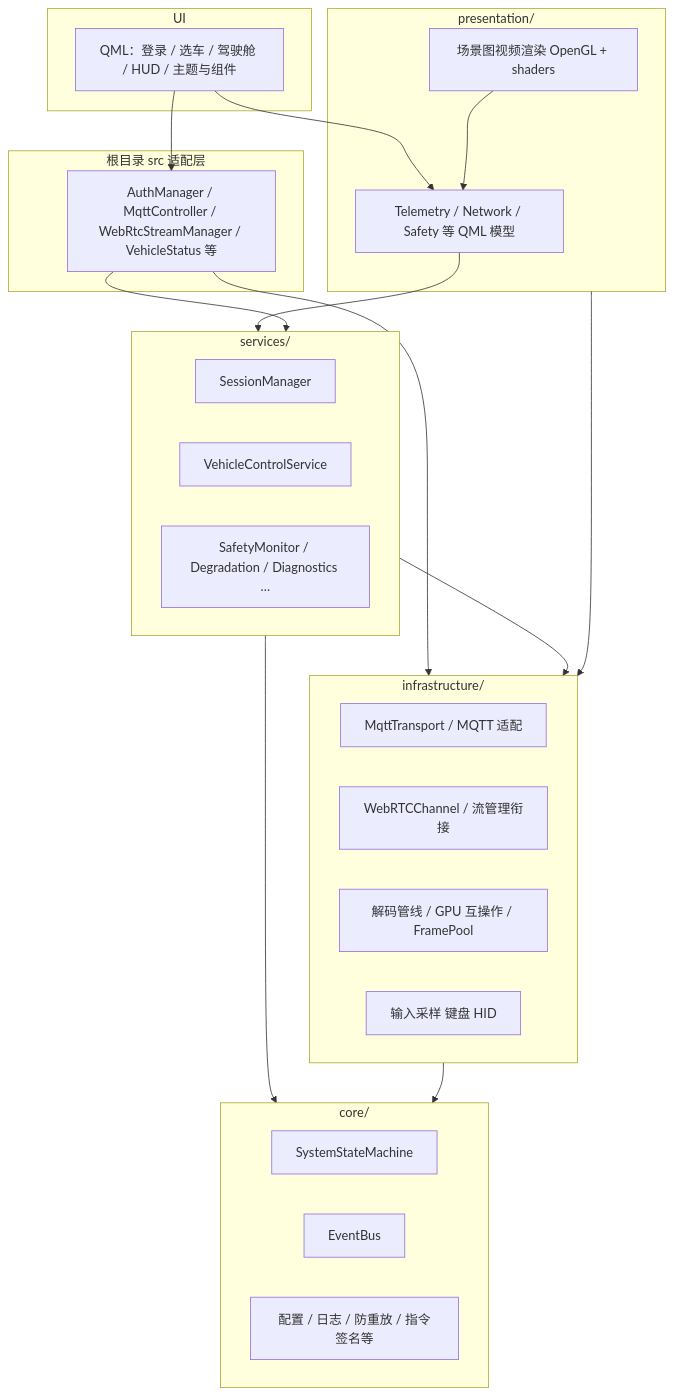
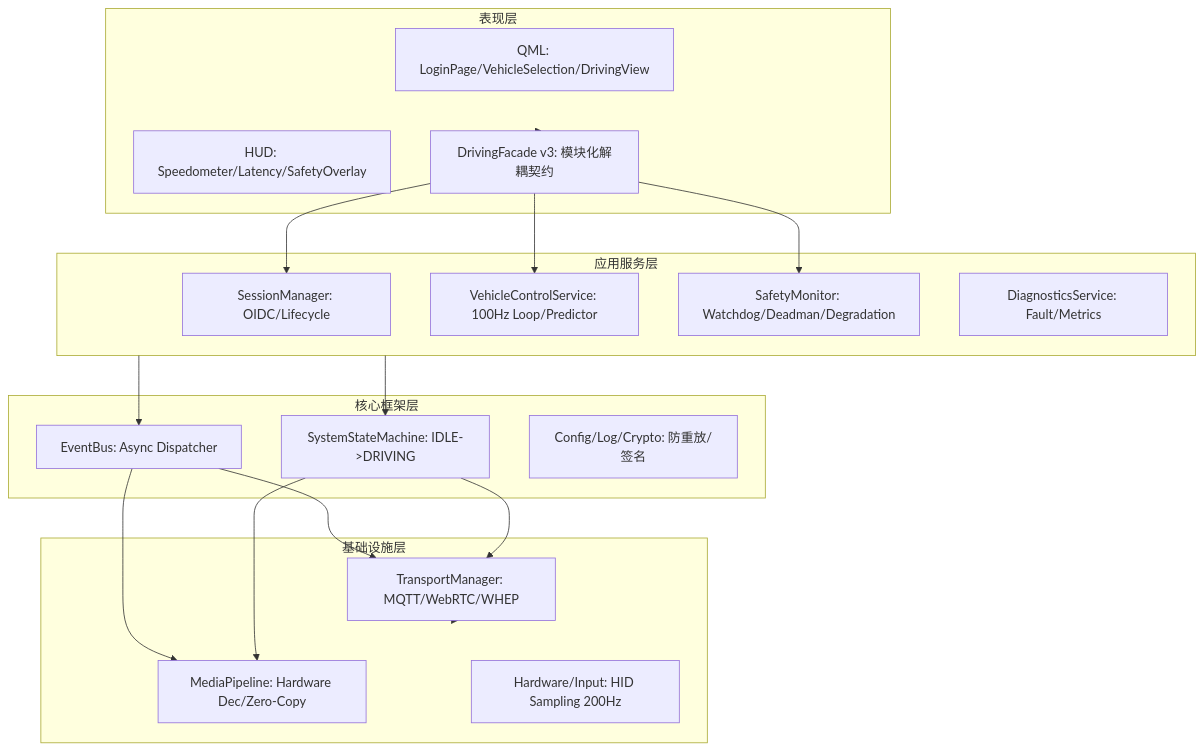
Before and after one commit to xinruozhishui201314/Remote-Driving-OK: the fourth of 5 diagrams in README.md, drawn with Mermaid. The commit also changed other lines of this file and 194 other files, not shown here.

````diff
--- a/README.md
+++ b/README.md
@@ -146,40 +164,33 @@
 ```mermaid
 flowchart TB
-    subgraph UI
-        QML[QML：登录 / 选车 / 驾驶舱 / HUD / 主题与组件]
+    subgraph UI [表现层]
+        QML[QML: LoginPage/VehicleSelection/DrivingView]
+        HUD[HUD: Speedometer/Latency/SafetyOverlay]
+        FACADE[DrivingFacade v3: 模块化解耦契约]
     end
-    subgraph presentation[presentation/]
-        REN[场景图视频渲染 OpenGL + shaders]
-        MDL[Telemetry / Network / Safety 等 QML 模型]
+    
+    subgraph SVC [应用服务层]
+        SESS[SessionManager: OIDC/Lifecycle]
+        VCS[VehicleControlService: 100Hz Loop/Predictor]
+        SAFE[SafetyMonitor: Watchdog/Deadman/Degradation]
+        DIAG[DiagnosticsService: Fault/Metrics]
     end
-    subgraph services[services/]
-        SESS[SessionManager]
-        VCS[VehicleControlService]
-        SAFE[SafetyMonitor / Degradation / Diagnostics …]
+    
+    subgraph CORE [核心框架层]
+        FSM[SystemStateMachine: IDLE->DRIVING]
+        EB[EventBus: Async Dispatcher]
+        CFG[Config/Log/Crypto: 防重放/签名]
     end
-    subgraph infrastructure[infrastructure/]
-        MQTT_AD[MqttTransport / MQTT 适配]
-        WEBRTC[WebRTCChannel / 流管理衔接]
-        MEDIA[解码管线 / GPU 互操作 / FramePool]
-        HW[输入采样 键盘 HID]
-    end
-    subgraph core[core/]
-        FSM[SystemStateMachine]
-        EB[EventBus]
-        CFG[配置 / 日志 / 防重放 / 指令签名等]
-    end
-    subgraph legacy[根目录 src 适配层]
-        LEG[AuthManager / MqttController / WebRtcStreamManager / VehicleStatus 等]
+    
+    subgraph INFRA [基础设施层]
+        TRANSPORT[TransportManager: MQTT/WebRTC/WHEP]
+        DECODER[MediaPipeline: Hardware Dec/Zero-Copy]
+        HID_IN[Hardware/Input: HID Sampling 200Hz]
     end
 
-    QML --> MDL
-    QML --> LEG
-    MDL --> services
-    LEG --> services
-    LEG --> infrastructure
-    services --> infrastructure
-    services --> core
-    infrastructure --> core
-    presentation --> infrastructure
-    REN --> MDL
+    UI --> FACADE
+    FACADE --> SESS & VCS & SAFE
+    SVC --> EB & FSM
+    EB & FSM --> TRANSPORT & DECODER
+    TRANSPORT --> INFRA
 ```
````
